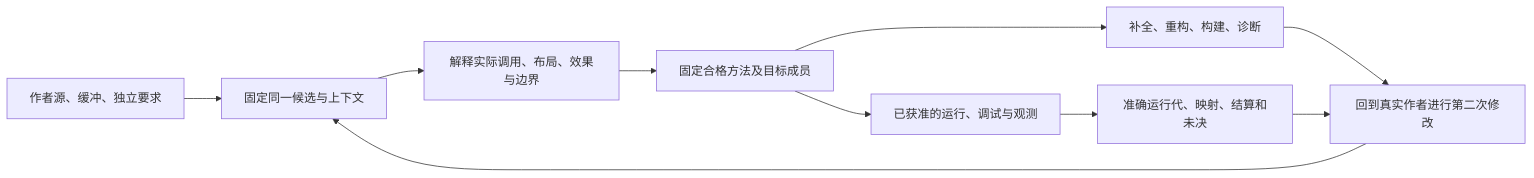
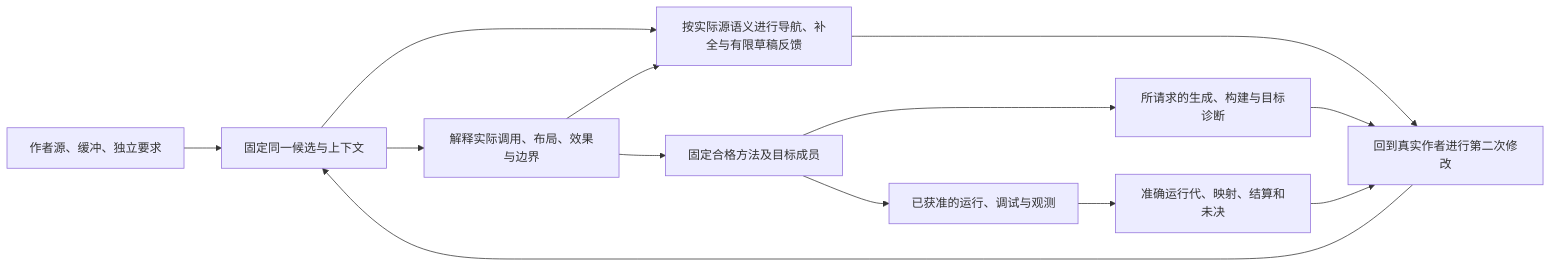
Before and after one commit to sec-platform/sec: the diagram in docs/开发/跨语言开发面接合.md, drawn with Mermaid. The commit also changed 122 other files, not shown here.

First line of the commit message:
docs: unify system diagrams and remove redundant design text (#882)

````diff
--- a/docs/开发/跨语言开发面接合.md
+++ b/docs/开发/跨语言开发面接合.md
@@ -11,12 +11,15 @@
 ```mermaid
 flowchart LR
  A["作者源、缓冲、独立要求"] --> W["固定同一候选与上下文"]
  W --> S["解释实际调用、布局、效果与边界"]
  S --> P["固定合格方法及目标成员"]
- P --> I["补全、重构、构建、诊断"]
+ W --> Assist["按实际源语义进行导航、补全与有限草稿反馈"]
+ S --> Assist
+ P --> I["所请求的生成、构建与目标诊断"]
  P --> O["已获准的运行、调试与观测"]
  O --> R["准确运行代、映射、结算和未决"]
- I --> E["回到真实作者进行第二次修改"]
+ Assist --> E["回到真实作者进行第二次修改"]
+ I --> E
  R --> E
  E --> W
 ```
````
